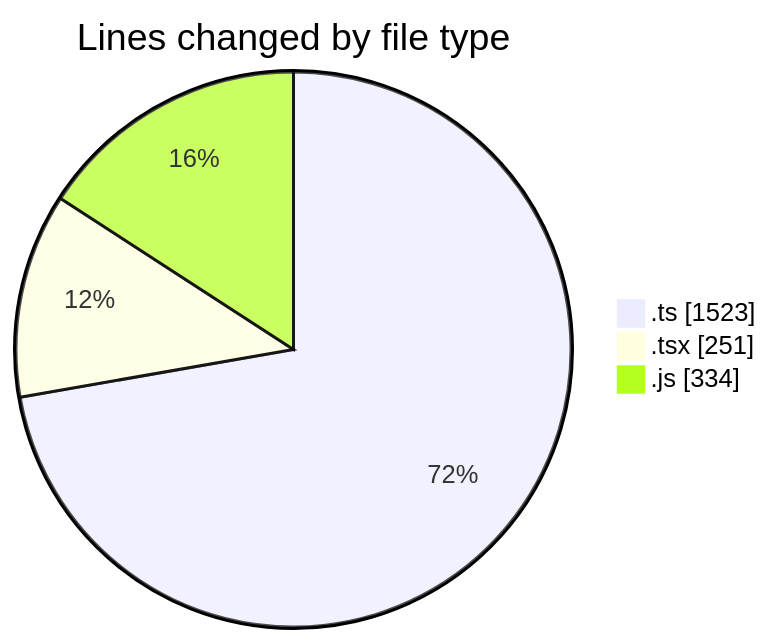
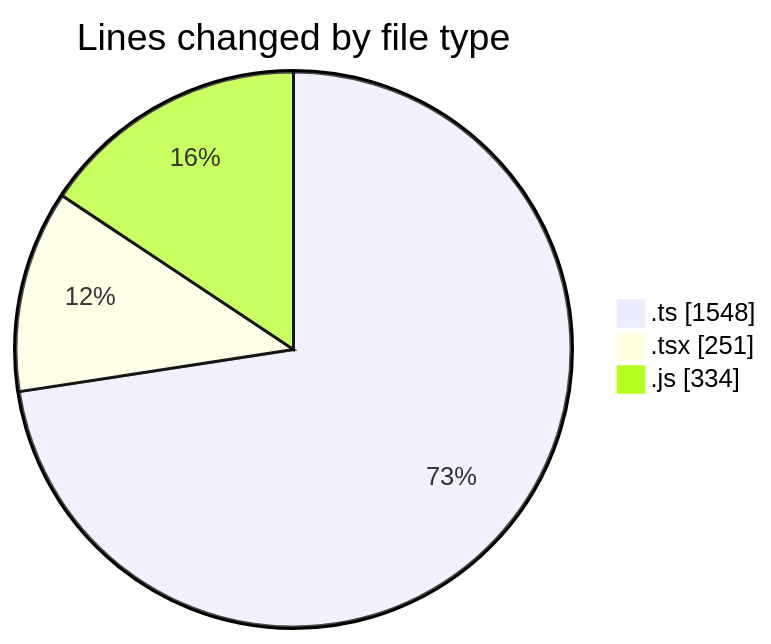
The first of 2 diagrams in 2025-11-27/cda/README.md (momahboobian/code-tracking), drawn with Mermaid before and after one commit. The commit also changed other lines of this file and 1 other file, not shown here.

````diff
--- a/2025-11-27/cda/README.md
+++ b/2025-11-27/cda/README.md
@@ -23,7 +23,7 @@
 ```mermaid
 pie showData
 title Lines changed by file type
-".ts" : 1523
+".ts" : 1548
 ".tsx" : 251
 ".js" : 334
 ```
````
